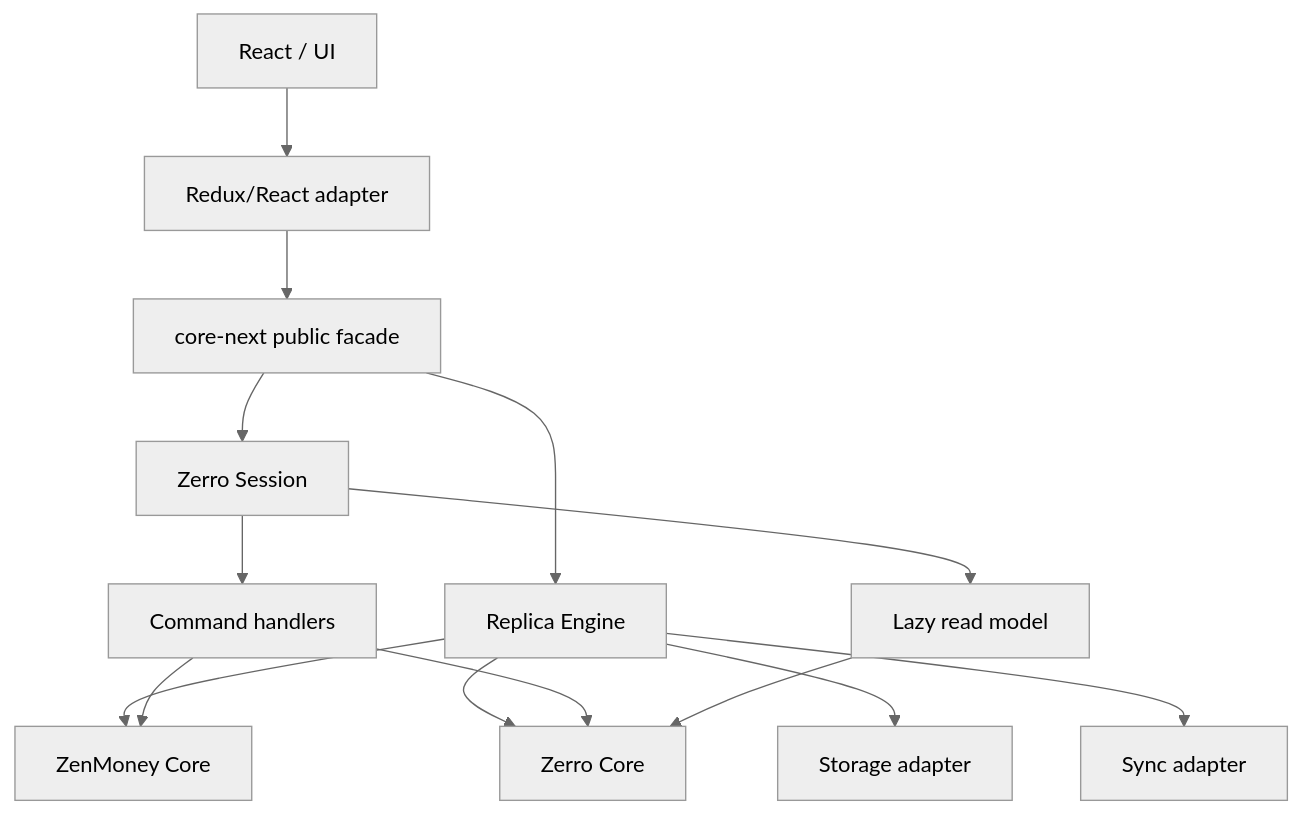
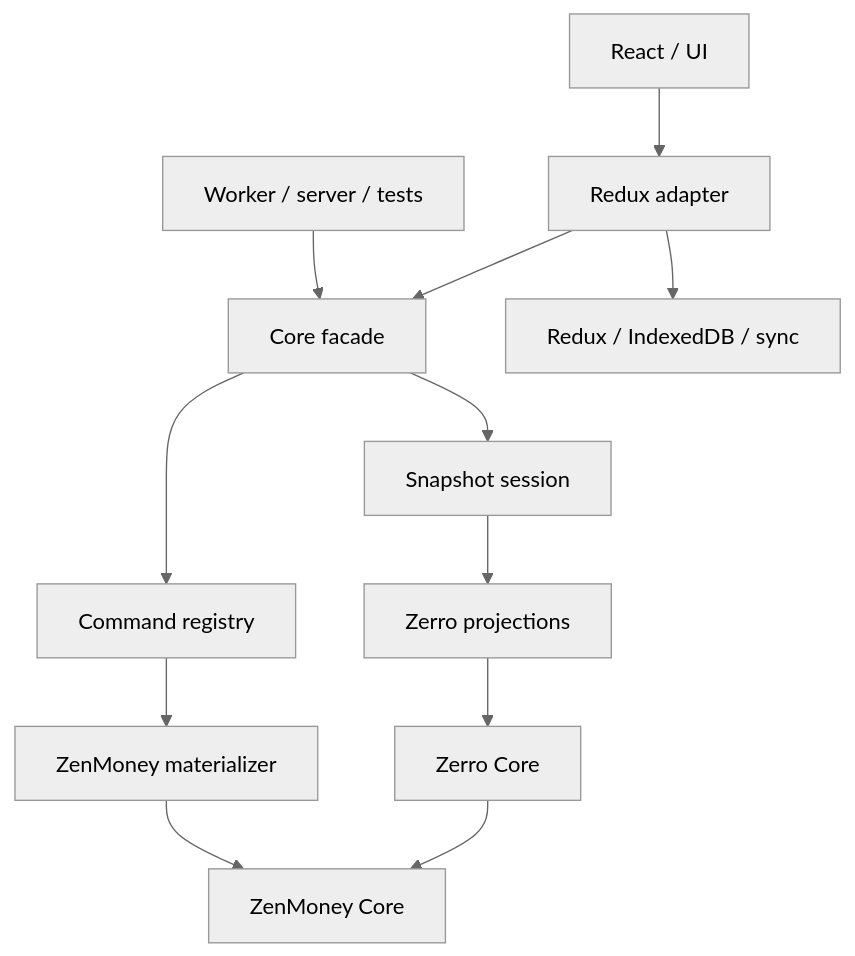
The diagram in src/core-next/documents/architecture.md (ardov/zerro), drawn with Mermaid (neutral theme) before and after one commit. The commit also changed other lines of this file and 15 other files, not shown here.

````diff
--- a/src/core-next/documents/architecture.md
+++ b/src/core-next/documents/architecture.md
@@ -52,20 +35,17 @@
 ```mermaid
 flowchart TD
-  UI["React / UI"] --> AppAdapter["Redux/React adapter"]
-  AppAdapter --> Facade["core-next public facade"]
+  UI["React / UI"] --> ReduxAdapter["Redux adapter"]
+  Headless["Worker / server / tests"] --> Facade["Core facade"]
+  ReduxAdapter --> Facade
 
-  Facade --> Engine["Replica Engine"]
-  Facade --> Session["Zerro Session"]
+  Facade --> Session["Snapshot session"]
+  Facade --> Commands["Command registry"]
+  Commands --> Materializer["ZenMoney materializer"]
 
-  Engine --> Zen["ZenMoney Core"]
-  Engine --> Zerro["Zerro Core"]
-  Engine --> Storage["Storage adapter"]
-  Engine --> Sync["Sync adapter"]
+  Session --> Projections["Zerro projections"]
+  Projections --> Zerro["Zerro Core"]
+  Materializer --> Zen["ZenMoney Core"]
+  Zerro --> Zen
 
-  Session --> ReadModel["Lazy read model"]
-  Session --> Commands["Command handlers"]
-
-  Commands --> Zen
-  Commands --> Zerro
-  ReadModel --> Zerro
+  ReduxAdapter --> Persistence["Redux / IndexedDB / sync"]
 ```
````
